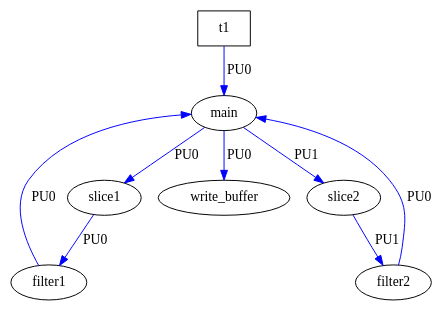
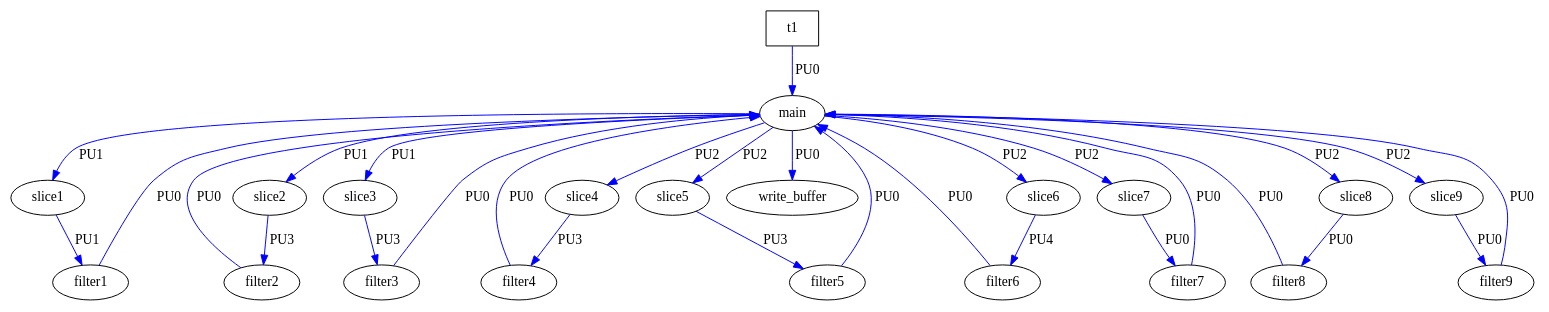
The diagram in graph.dot (samujoaz/ArchiDSE), drawn with Graphviz before and after one commit. The commit also changed 113 other files, not shown here.

```diff
--- a/graph.dot
+++ b/graph.dot
@@ -1,18 +1,53 @@
 digraph my_graph {
   overlap = scale;
    main[label="main"];
    slice1[label="slice1"];
    slice2[label="slice2"];
+   slice3[label="slice3"];
+   slice4[label="slice4"];
+   slice5[label="slice5"];
+   slice6[label="slice6"];
+   slice7[label="slice7"];
+   slice8[label="slice8"];
+   slice9[label="slice9"];
    filter1[label="filter1"];
    filter2[label="filter2"];
+   filter3[label="filter3"];
+   filter4[label="filter4"];
+   filter5[label="filter5"];
+   filter6[label="filter6"];
+   filter7[label="filter7"];
+   filter8[label="filter8"];
+   filter9[label="filter9"];
    write_buffer[label="write_buffer"];
    t1[label="t1",shape=box ];
    t1 -> main[label="PU0", color=blue];
-   main -> slice1[label="PU0", color=blue];
+   main -> slice1[label="PU1", color=blue];
    main -> slice2[label="PU1", color=blue];
-   slice1 -> filter1[label="PU0", color=blue];
-   slice2 -> filter2[label="PU1", color=blue];
+   main -> slice3[label="PU1", color=blue];
+   main -> slice4[label="PU2", color=blue];
+   main -> slice5[label="PU2", color=blue];
+   main -> slice6[label="PU2", color=blue];
+   main -> slice7[label="PU2", color=blue];
+   main -> slice8[label="PU2", color=blue];
+   main -> slice9[label="PU2", color=blue];
+   slice1 -> filter1[label="PU1", color=blue];
+   slice2 -> filter2[label="PU3", color=blue];
+   slice3 -> filter3[label="PU3", color=blue];
+   slice4 -> filter4[label="PU3", color=blue];
+   slice5 -> filter5[label="PU3", color=blue];
+   slice6 -> filter6[label="PU4", color=blue];
+   slice7 -> filter7[label="PU0", color=blue];
+   slice8 -> filter8[label="PU0", color=blue];
+   slice9 -> filter9[label="PU0", color=blue];
    filter1 -> main[label="PU0", color=blue];
    filter2 -> main[label="PU0", color=blue];
+   filter3 -> main[label="PU0", color=blue];
+   filter4 -> main[label="PU0", color=blue];
+   filter5 -> main[label="PU0", color=blue];
+   filter6 -> main[label="PU0", color=blue];
+   filter7 -> main[label="PU0", color=blue];
+   filter8 -> main[label="PU0", color=blue];
+   filter9 -> main[label="PU0", color=blue];
    main -> write_buffer[label="PU0", color=blue];
 }
```
